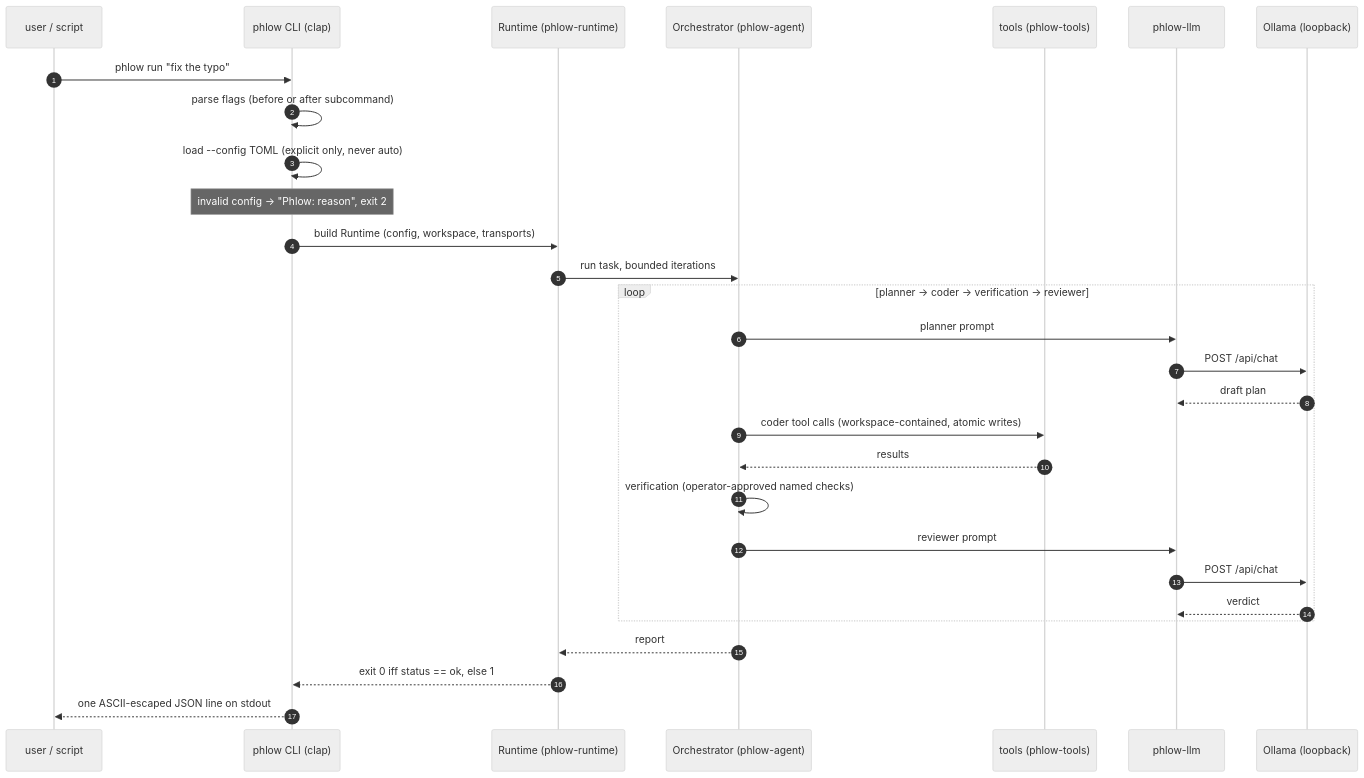
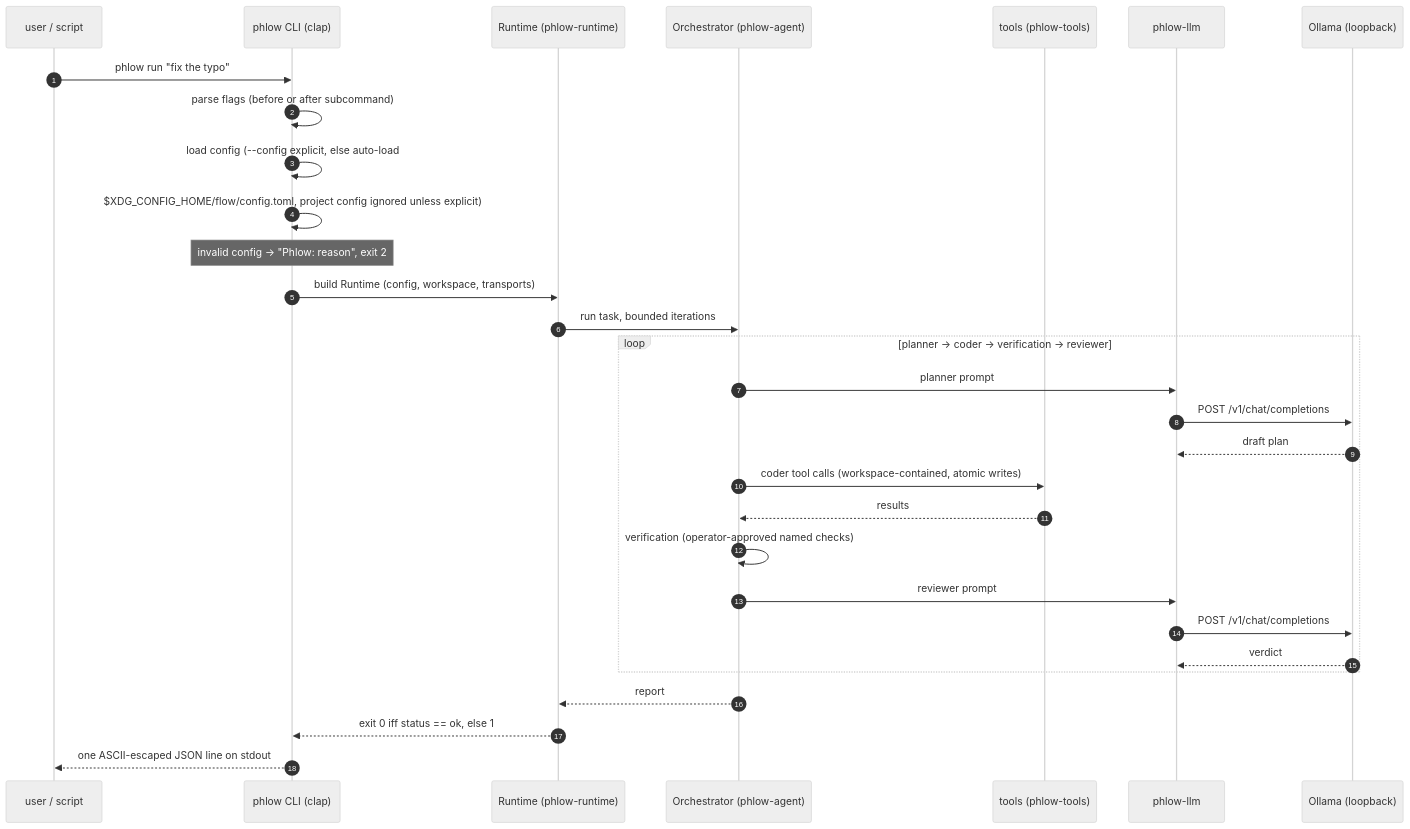
The third of 5 diagrams in docs/ARCHITECTURE.md (qompassai/phlow), drawn with Mermaid (neutral theme) before and after one commit. The commit also changed other lines of this file, not shown here.

Commit message:
docs: validate ARCHITECTURE.md diagrams (mermaid + tree-truth)

````diff
--- a/docs/ARCHITECTURE.md
+++ b/docs/ARCHITECTURE.md
@@ -240,32 +243,33 @@
 ```mermaid
 sequenceDiagram
     autonumber
     participant U as user / script
     participant C as phlow CLI (clap)
     participant R as Runtime (phlow-runtime)
     participant O as Orchestrator (phlow-agent)
     participant T as tools (phlow-tools)
     participant L as phlow-llm
     participant M as Ollama (loopback)
 
     U->>C: phlow run "fix the typo"
     C->>C: parse flags (before or after subcommand)
-    C->>C: load --config TOML (explicit only, never auto)
+    C->>C: load config (--config explicit, else auto-load
+    C->>C: $XDG_CONFIG_HOME/flow/config.toml, project config ignored unless explicit)
     Note over C: invalid config → "Phlow: reason", exit 2
     C->>R: build Runtime (config, workspace, transports)
     R->>O: run task, bounded iterations
     loop planner → coder → verification → reviewer
         O->>L: planner prompt
-        L->>M: POST /api/chat
+        L->>M: POST /v1/chat/completions
         M-->>L: draft plan
         O->>T: coder tool calls (workspace-contained, atomic writes)
         T-->>O: results
         O->>O: verification (operator-approved named checks)
         O->>L: reviewer prompt
-        L->>M: POST /api/chat
+        L->>M: POST /v1/chat/completions
         M-->>L: verdict
     end
     O-->>R: report
     R-->>C: exit 0 iff status == ok, else 1
     C-->>U: one ASCII-escaped JSON line on stdout
 ```
````
